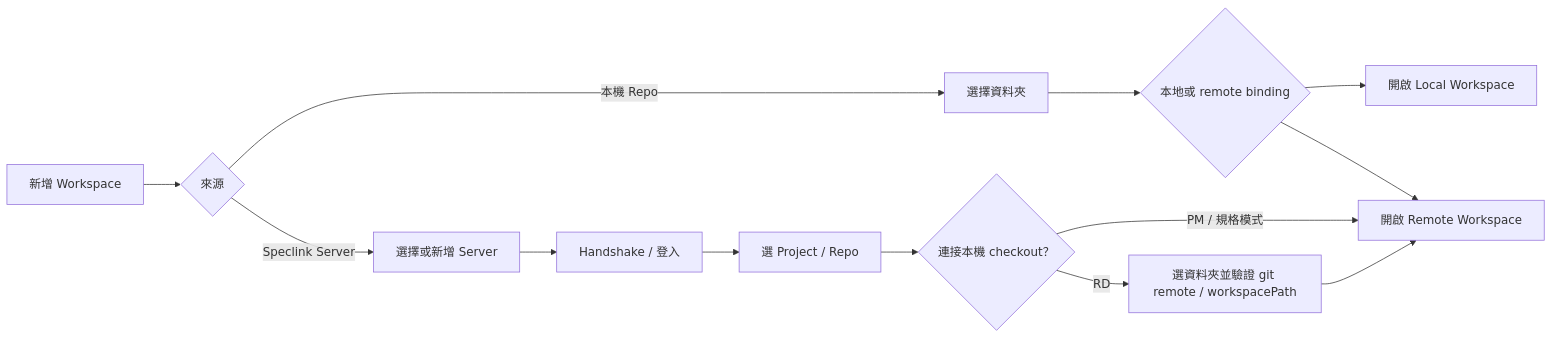
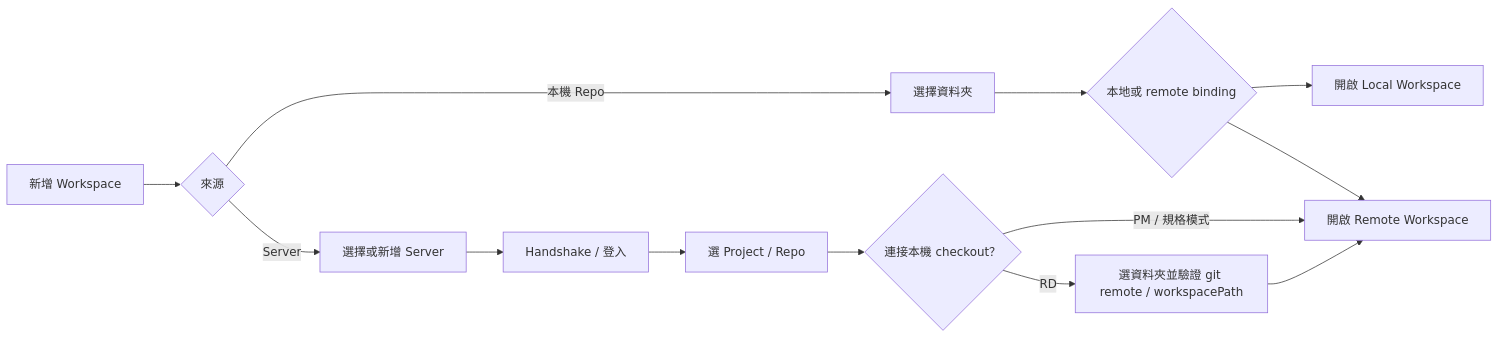
The sixth of 8 diagrams in docs/platform-architecture.zh-TW.md (MomoChenisMe/speclink), drawn with Mermaid before and after one commit. The commit also changed other lines of this file and 12 other files, not shown here.

First line of the commit message:
speclink(server-wording-debrand): 封存 chooser 來源卡去品牌與 Server 詞條

````diff
--- a/docs/platform-architecture.zh-TW.md
+++ b/docs/platform-architecture.zh-TW.md
@@ -1064,15 +1064,15 @@
 ```mermaid
 flowchart LR
     ADD["新增 Workspace"] --> KIND{"來源"}
     KIND -->|本機 Repo| FOLDER["選擇資料夾"]
-    KIND -->|Speclink Server| SERVER["選擇或新增 Server"]
+    KIND -->|Server| SERVER["選擇或新增 Server"]
     SERVER --> AUTH["Handshake / 登入"]
     AUTH --> PROJECT["選 Project / Repo"]
     PROJECT --> CHECKOUT{"連接本機 checkout？"}
     CHECKOUT -->|PM / 規格模式| REMOTE["開啟 Remote Workspace"]
     CHECKOUT -->|RD| VERIFY["選資料夾並驗證 git remote / workspacePath"]
     VERIFY --> REMOTE
     FOLDER --> PROBE{"本地或 remote binding"}
     PROBE --> LOCAL["開啟 Local Workspace"]
     PROBE --> REMOTE
 ```
````
